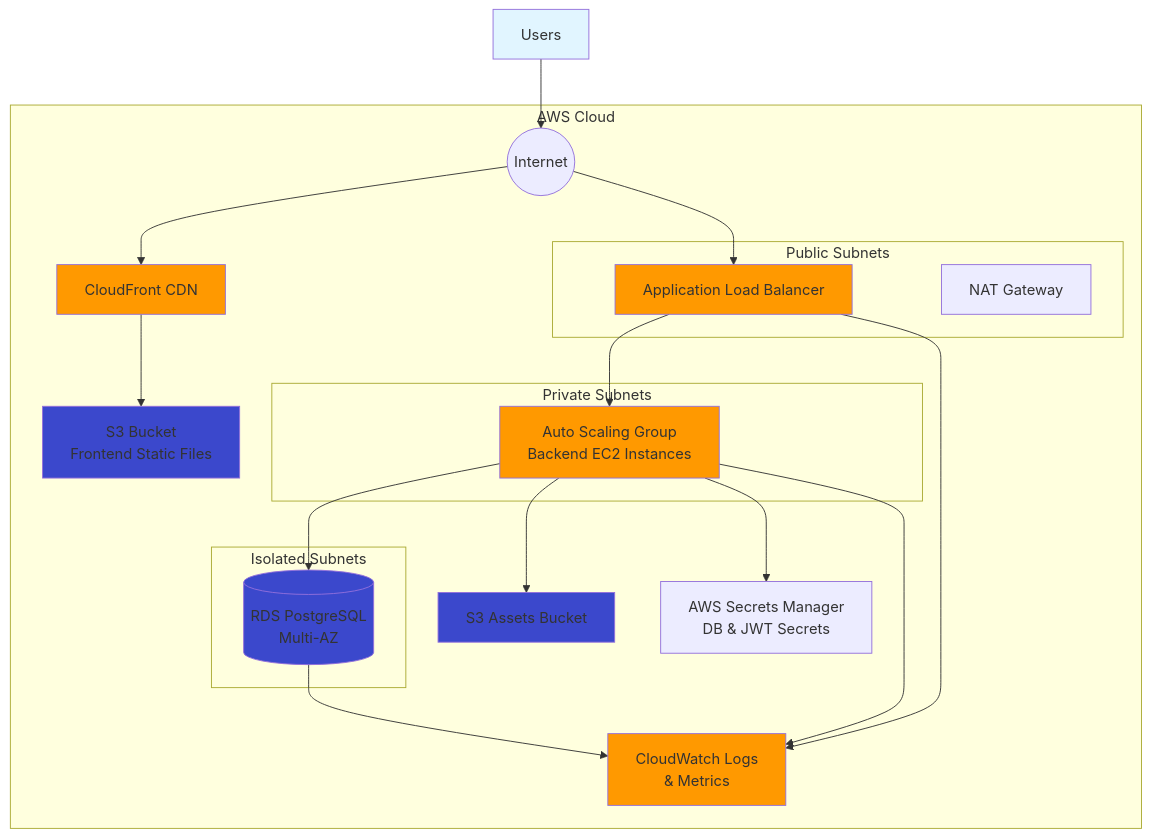
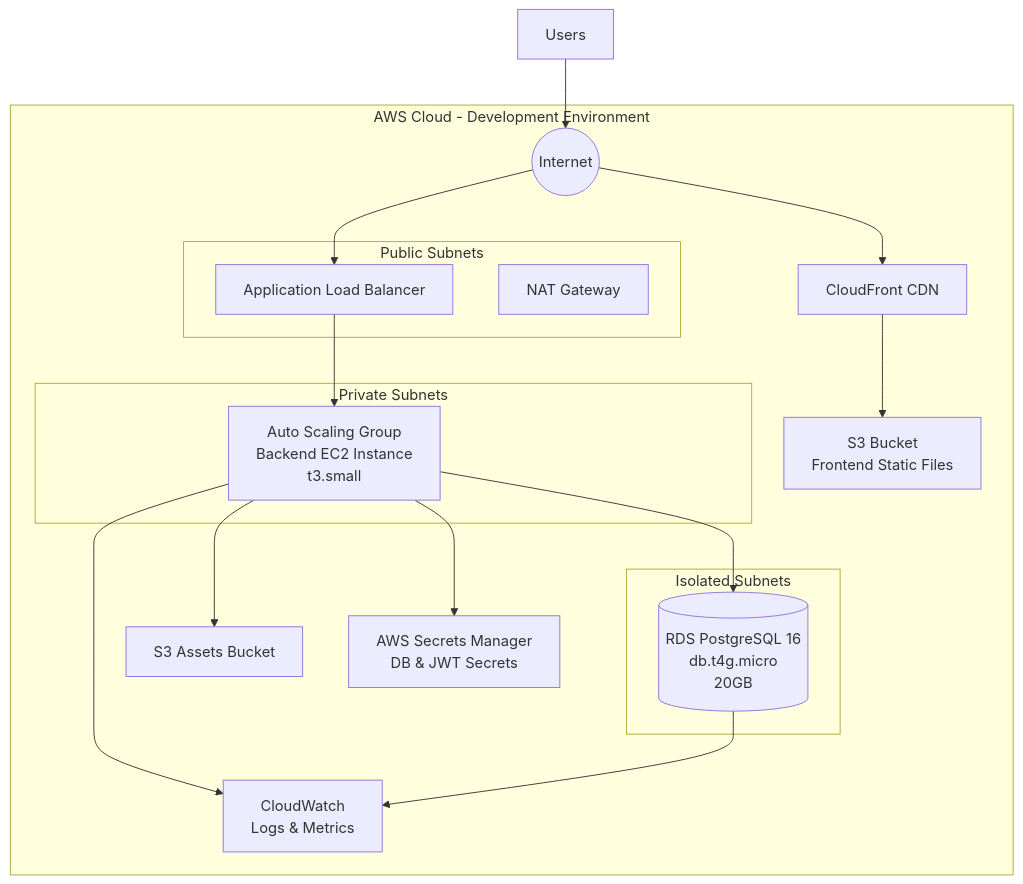
One commit to opex-labs-ai/multica changed the diagram in infrastructure/README.md. Above: the diagram before and after it, drawn with Mermaid. The commit also changed other lines of this file and 4 other files, not shown here.

First line of the commit message:
Simplify infrastructure to focus on development environment only

````diff
--- a/infrastructure/README.md
+++ b/infrastructure/README.md
@@ -21,44 +20,34 @@
 ```mermaid
 graph TB
-    subgraph "AWS Cloud"
+    subgraph "AWS Cloud - Development Environment"
         subgraph "Public Subnets"
             ALB[Application Load Balancer]
             NAT[NAT Gateway]
         end
         
         subgraph "Private Subnets"
-            ASG[Auto Scaling Group<br/>Backend EC2 Instances]
+            ASG[Auto Scaling Group<br/>Backend EC2 Instance<br/>t3.small]
         end
         
         subgraph "Isolated Subnets"
-            RDS[(RDS PostgreSQL<br/>Multi-AZ)]
+            RDS[(RDS PostgreSQL 16<br/>db.t4g.micro<br/>20GB)]
         end
         
         CF[CloudFront CDN] --> S3[S3 Bucket<br/>Frontend Static Files]
         
         Internet((Internet)) --> CF
         Internet --> ALB
         
         ALB --> ASG
         ASG --> RDS
         ASG --> S3Assets[S3 Assets Bucket]
         
         ASG --> Secrets[AWS Secrets Manager<br/>DB & JWT Secrets]
         
-        CloudWatch[CloudWatch Logs<br/>& Metrics]
+        CloudWatch[CloudWatch<br/>Logs & Metrics]
         ASG --> CloudWatch
         RDS --> CloudWatch
-        ALB --> CloudWatch
     end
     
     Users[Users] --> Internet
-    
-    style Users fill:#e1f5ff
-    style CF fill:#ff9900
-    style ALB fill:#ff9900
-    style ASG fill:#ff9900
-    style RDS fill:#3b48cc
-    style S3 fill:#3b48cc
-    style S3Assets fill:#3b48cc
-    style CloudWatch fill:#ff9900
 ```
````
